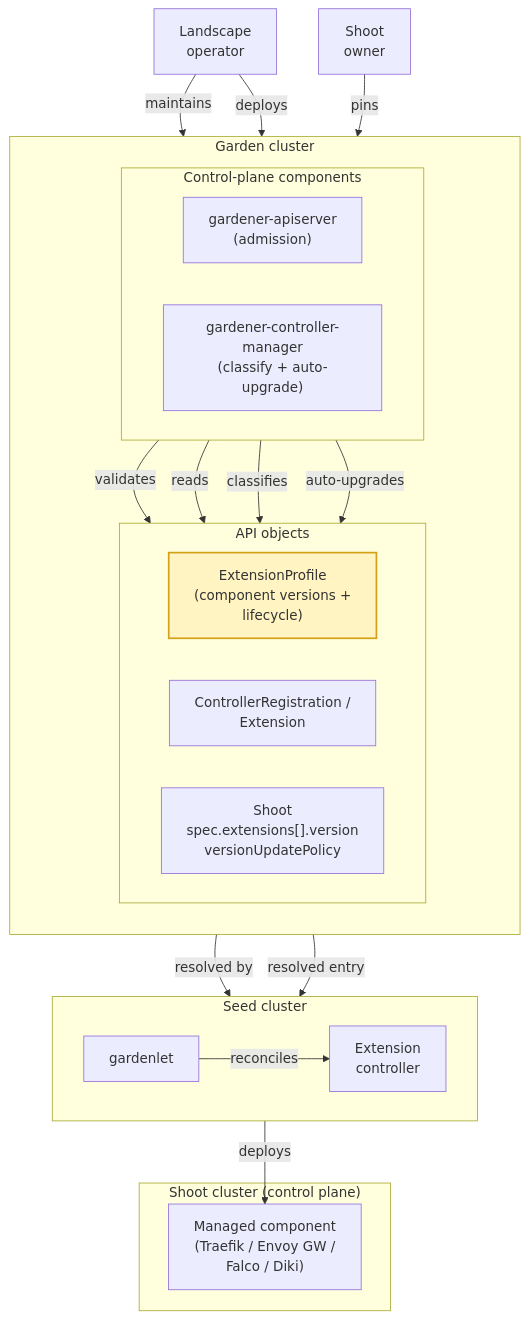
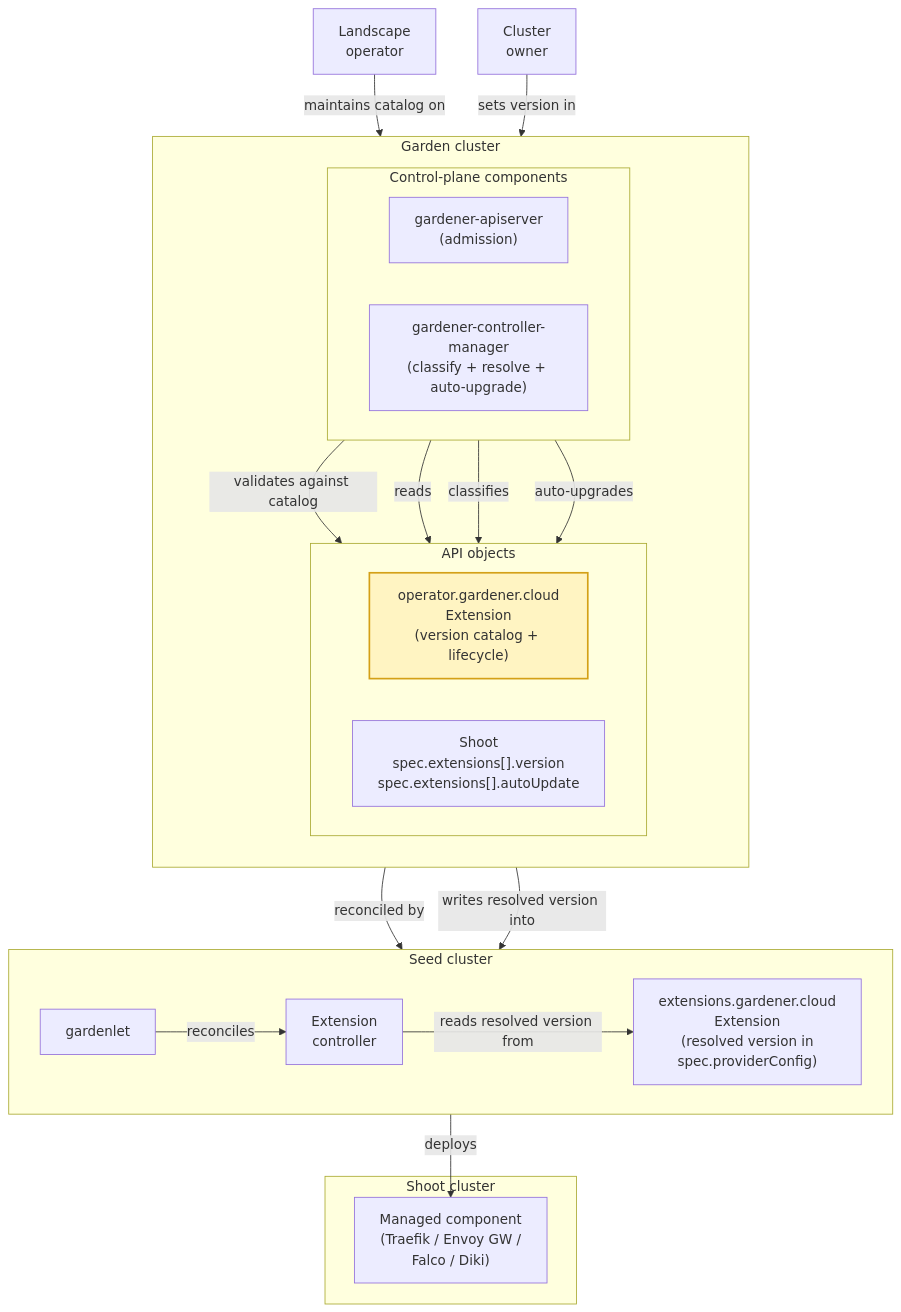
One commit to DockToFuture/enhancements changed the diagram in geps/0078-extension-profile/actors.mmd. Above: the diagram before and after it, drawn with Mermaid. The commit also changed 4 other files, not shown here.

```diff
--- a/geps/0078-extension-profile/actors.mmd
+++ b/geps/0078-extension-profile/actors.mmd
@@ -1,56 +1,56 @@
 %%{init: {'theme': 'default', 'themeVariables': {'background': '#ffffff'}}}%%
 flowchart TB
   %% ── Row 1: Actors ─────────────────────────────────────────
   OP["Landscape<br/>operator"]
-  OWN["Shoot<br/>owner"]
+  OWN["Cluster<br/>owner"]
 
   %% ── Row 2: Garden cluster (API objects, then controllers) ─
   subgraph Garden["Garden cluster"]
     direction TB
     subgraph GardenAPIs["API objects"]
       direction LR
-      PROF["ExtensionProfile<br/>(component versions +<br/>lifecycle)"]
-      CR["ControllerRegistration /<br/>Extension"]
-      SH["Shoot<br/>spec.extensions[].version<br/>versionUpdatePolicy"]
+      EXTOP["operator.gardener.cloud<br/>Extension<br/>(version catalog + lifecycle)"]
+      SH["Shoot<br/>spec.extensions[].version<br/>spec.extensions[].autoUpdate"]
     end
     subgraph GardenCtrl["Control-plane components"]
       direction LR
       GAPI["gardener-apiserver<br/>(admission)"]
-      GCM["gardener-controller-manager<br/>(classify + auto-upgrade)"]
+      GCM["gardener-controller-manager<br/>(classify + resolve + auto-upgrade)"]
     end
     GardenAPIs ~~~ GardenCtrl
   end
 
   %% ── Row 3: Seed cluster ───────────────────────────────────
   subgraph Seed["Seed cluster"]
     direction LR
     GL["gardenlet"]
+    EXTSEED["extensions.gardener.cloud<br/>Extension<br/>(resolved version in<br/>spec.providerConfig)"]
     EXT["Extension<br/>controller"]
   end
 
-  %% ── Row 4: Shoot ──────────────────────────────────────────
-  subgraph ShootCluster["Shoot cluster (control plane)"]
+  %% ── Row 4: Managed component ──────────────────────────────
+  subgraph ShootCluster["Shoot cluster"]
     PAY["Managed component<br/>(Traefik / Envoy GW /<br/>Falco / Diki)"]
   end
 
   %% Actor → specific API object (not the whole garden box)
-  OP  -- maintains --> PROF
-  OP  -- deploys   --> CR
-  OWN -- pins      --> SH
+  OP  -- maintains catalog on --> EXTOP
+  OWN -- sets version in       --> SH
 
   %% Admission & classification (arrows flow controllers → APIs
   %% so the layout engine ranks API objects above controllers)
-  GAPI -- validates          --> SH
-  GAPI -- reads              --> PROF
-  GCM  -- classifies         --> PROF
-  GCM  -- auto-upgrades      --> SH
+  GAPI -- validates against catalog --> SH
+  GAPI -- reads                      --> EXTOP
+  GCM  -- classifies                 --> EXTOP
+  GCM  -- auto-upgrades              --> SH
 
   %% Garden → seed → shoot deployment path
-  SH   -- resolved by    --> GL
-  PROF -- resolved entry --> GL
-  GL   -- reconciles     --> EXT
-  EXT  -- deploys        --> PAY
+  SH   -- reconciled by                 --> GL
+  GCM  -- writes resolved version into  --> EXTSEED
+  GL   -- reconciles                    --> EXT
+  EXT  -- reads resolved version from   --> EXTSEED
+  EXT  -- deploys                       --> PAY
 
-  %% Highlight the new resource this GEP introduces
+  %% Highlight where the catalog lives
   classDef newResource fill:#fff4c2,stroke:#d4a017,stroke-width:2px;
-  class PROF newResource;
+  class EXTOP newResource;
```
